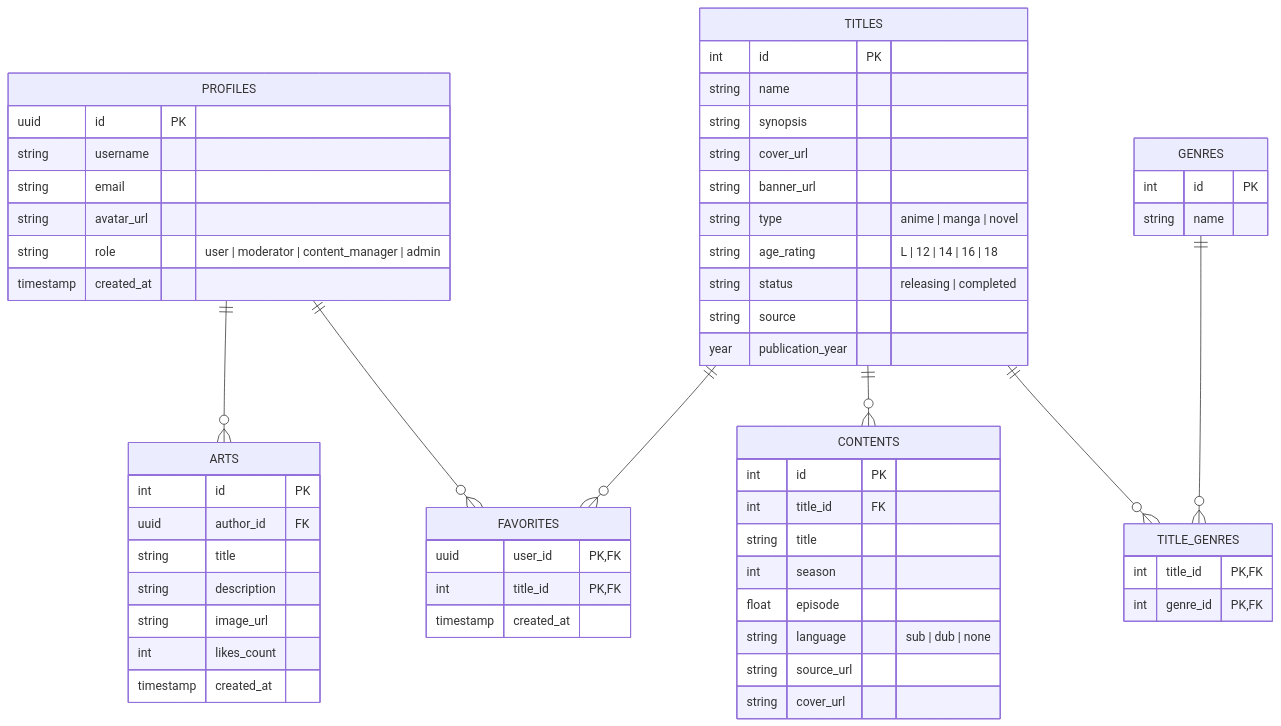
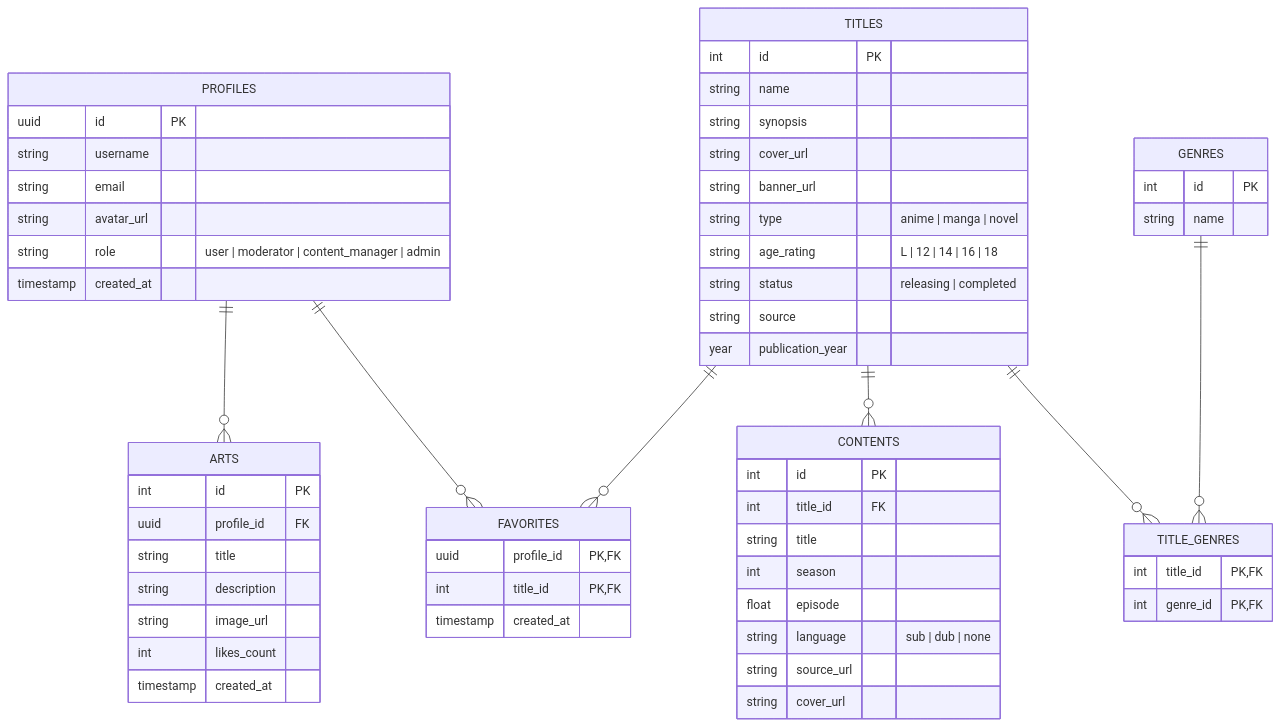
Before and after one commit to filipemacarini/geekverse: the diagram in server/internal/platform/database/der.mmd, drawn with Mermaid. The commit also changed 1 other file, not shown here.

Commit message:
refactor(database): altera o nome de alguns campos no diagrama entidade relacionamento DER

```diff
--- a/server/internal/platform/database/der.mmd
+++ b/server/internal/platform/database/der.mmd
@@ -1,67 +1,67 @@
 erDiagram
 PROFILES ||--o{ ARTS : ""
 PROFILES ||--o{ FAVORITES : ""
 TITLES ||--o{ FAVORITES : ""
 
 TITLES ||--o{ CONTENTS : ""
 TITLES ||--o{ TITLE_GENRES : ""
 GENRES ||--o{ TITLE_GENRES : ""
 
 PROFILES {
     uuid id PK
     string username
     string email
     string avatar_url
     string role "user | moderator | content_manager | admin"
     timestamp created_at
 }
 
 TITLES {
     int id PK
     string name
     string synopsis
     string cover_url
     string banner_url
     string type "anime | manga | novel"
     string age_rating "L | 12 | 14 | 16 | 18"
     string status "releasing | completed"
     string source
     year publication_year
 }
 
 CONTENTS {
     int id PK
     int title_id FK
     string title
     int season
     float episode
     string language "sub | dub | none"
     string source_url
     string cover_url
 }
 
 GENRES {
     int id PK
     string name
 }
 
 TITLE_GENRES {
     int title_id PK, FK
     int genre_id PK, FK
 }
 
 ARTS {
     int id PK
-    uuid author_id FK
+    uuid profile_id FK
     string title
     string description
     string image_url
     int likes_count
     timestamp created_at
 }
 
 FAVORITES {
-    uuid user_id PK, FK
+    uuid profile_id PK, FK
     int title_id PK, FK
     timestamp created_at
 }
```
